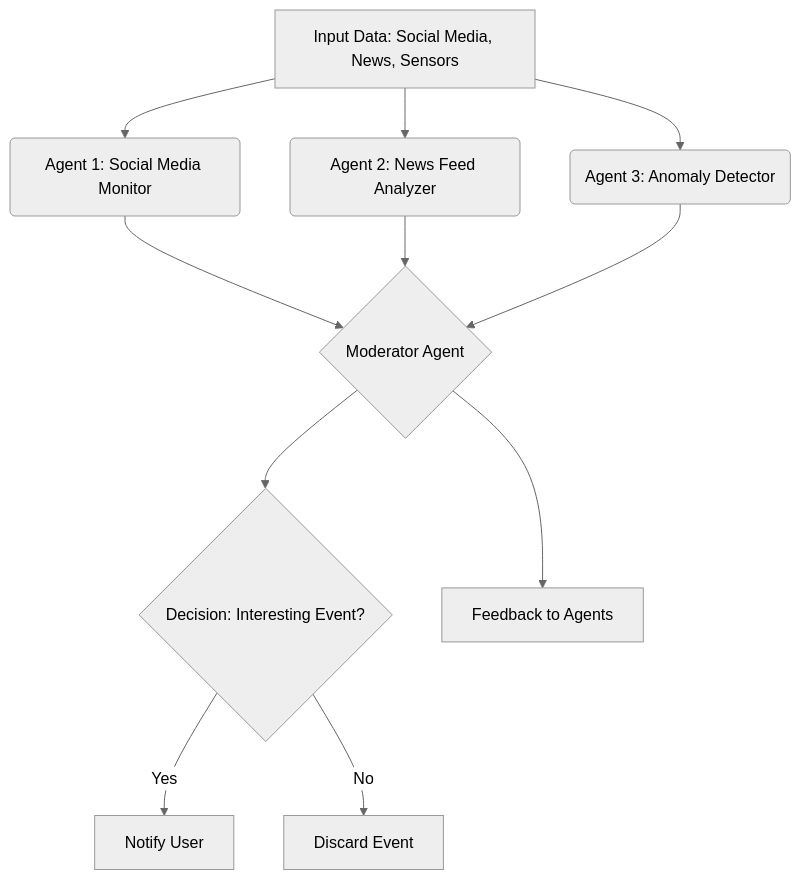
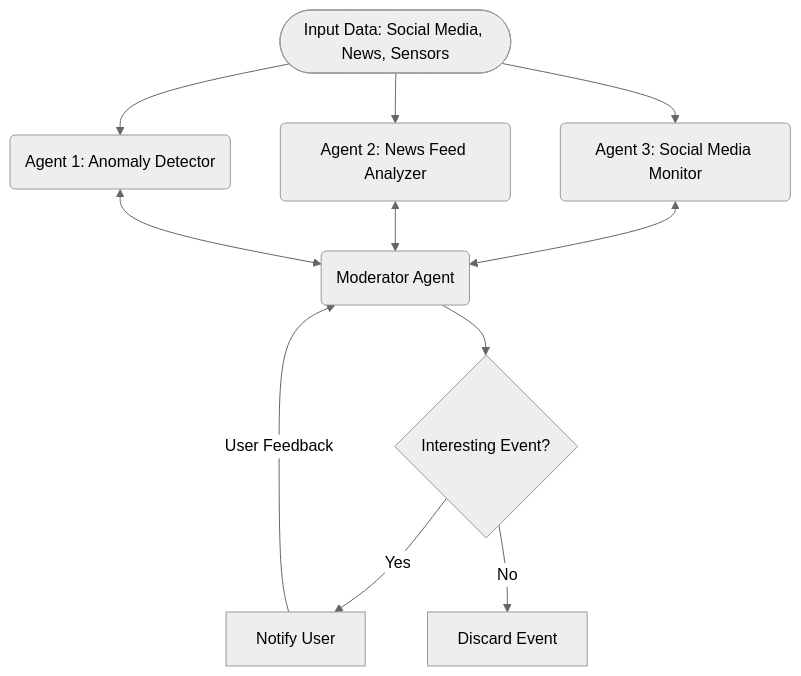
Before and after one commit to sep/ai-agent-swarm: the diagram in voting/README.md, drawn with Mermaid (neutral theme). The commit also changed other lines of this file and 7 other files, not shown here.

````diff
--- a/voting/README.md
+++ b/voting/README.md
@@ -10,17 +11,17 @@
 ```mermaid
 flowchart TB
-    A[Input Data: Social Media, News, Sensors] --> B(Agent 1: Social Media Monitor)
+    A([Input Data: Social Media, News, Sensors]) --> B(Agent 3: Social Media Monitor)
     A --> C(Agent 2: News Feed Analyzer)
-    A --> D(Agent 3: Anomaly Detector)
+    A --> D(Agent 1: Anomaly Detector)
 
-    B --> E{Moderator Agent}
-    C --> E
-    D --> E
+    B <--> E(Moderator Agent)
+    C <--> E
+    D <--> E
 
-    E --> F{Decision: Interesting Event?}
+    E --> F{Interesting Event?}
 
     F -->|Yes| G[Notify User]
     F -->|No| H[Discard Event]
 
-    E --> I[Feedback to Agents]
+    G --> |User Feedback| E
 ```
````
